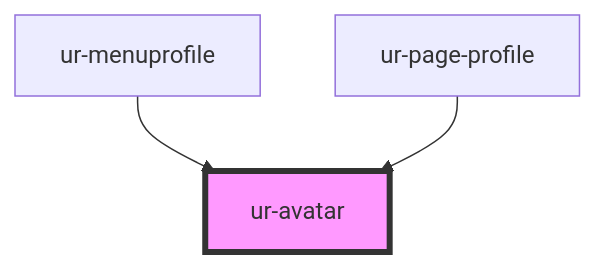
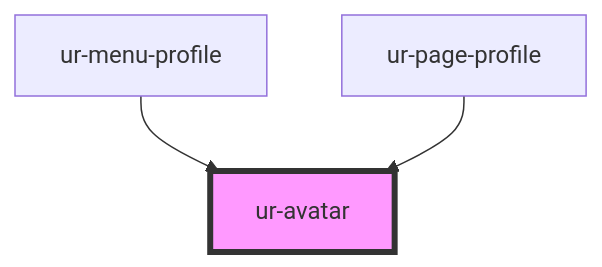
The diagram in src/components/ur-avatar/readme.md (hellish/urnovl-web-components), drawn with Mermaid before and after one commit. The commit also changed other lines of this file and 90 other files, not shown here.

````diff
--- a/src/components/ur-avatar/readme.md
+++ b/src/components/ur-avatar/readme.md
@@ -27,6 +27,6 @@
 ```mermaid
 graph TD;
-  ur-menuprofile --> ur-avatar
+  ur-menu-profile --> ur-avatar
   ur-page-profile --> ur-avatar
   style ur-avatar fill:#f9f,stroke:#333,stroke-width:4px
 ```
````
